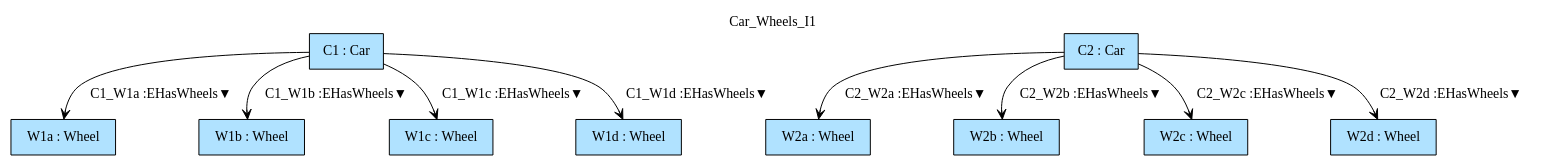
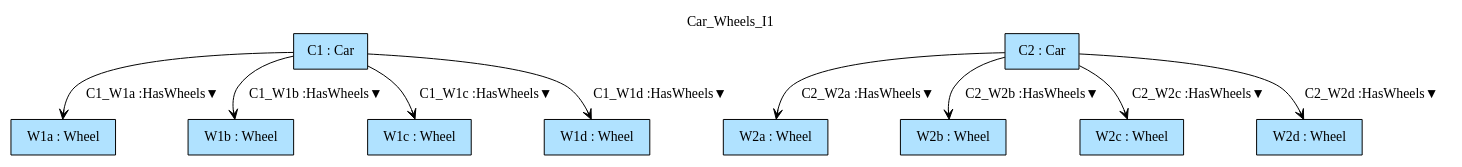
Before and after one commit to namalio/Fragmenta: the diagram in Haskell/FragmentaTests/SGVehicleParts/img/Car_Wheels_I1.gv, drawn with Graphviz. The commit also changed 32 other files, not shown here.

```diff
--- a/Haskell/FragmentaTests/SGVehicleParts/img/Car_Wheels_I1.gv
+++ b/Haskell/FragmentaTests/SGVehicleParts/img/Car_Wheels_I1.gv
@@ -1,21 +1,21 @@
 digraph {graph[label=Car_Wheels_I1,labelloc=tl,labelfontsize=12];
 "W1a"[shape=box,fillcolor=lightskyblue1,style = filled,label="W1a : Wheel"];
 "W1b"[shape=box,fillcolor=lightskyblue1,style = filled,label="W1b : Wheel"];
 "W1c"[shape=box,fillcolor=lightskyblue1,style = filled,label="W1c : Wheel"];
 "C1"[shape=box,fillcolor=lightskyblue1,style = filled,label="C1 : Car"];
 "W1d"[shape=box,fillcolor=lightskyblue1,style = filled,label="W1d : Wheel"];
 "W2a"[shape=box,fillcolor=lightskyblue1,style = filled,label="W2a : Wheel"];
 "W2b"[shape=box,fillcolor=lightskyblue1,style = filled,label="W2b : Wheel"];
 "W2c"[shape=box,fillcolor=lightskyblue1,style = filled,label="W2c : Wheel"];
 "C2"[shape=box,fillcolor=lightskyblue1,style = filled,label="C2 : Car"];
 "W2d"[shape=box,fillcolor=lightskyblue1,style = filled,label="W2d : Wheel"];
 
-"C1"->"W1a"[label="C1_W1a :EHasWheels▼",arrowhead=vee];
-"C1"->"W1b"[label="C1_W1b :EHasWheels▼",arrowhead=vee];
-"C1"->"W1c"[label="C1_W1c :EHasWheels▼",arrowhead=vee];
-"C1"->"W1d"[label="C1_W1d :EHasWheels▼",arrowhead=vee];
-"C2"->"W2a"[label="C2_W2a :EHasWheels▼",arrowhead=vee];
-"C2"->"W2b"[label="C2_W2b :EHasWheels▼",arrowhead=vee];
-"C2"->"W2c"[label="C2_W2c :EHasWheels▼",arrowhead=vee];
-"C2"->"W2d"[label="C2_W2d :EHasWheels▼",arrowhead=vee];
+"C1"->"W1a"[label="C1_W1a :HasWheels▼",arrowhead=vee];
+"C1"->"W1b"[label="C1_W1b :HasWheels▼",arrowhead=vee];
+"C1"->"W1c"[label="C1_W1c :HasWheels▼",arrowhead=vee];
+"C1"->"W1d"[label="C1_W1d :HasWheels▼",arrowhead=vee];
+"C2"->"W2a"[label="C2_W2a :HasWheels▼",arrowhead=vee];
+"C2"->"W2b"[label="C2_W2b :HasWheels▼",arrowhead=vee];
+"C2"->"W2c"[label="C2_W2c :HasWheels▼",arrowhead=vee];
+"C2"->"W2d"[label="C2_W2d :HasWheels▼",arrowhead=vee];
 }
```
